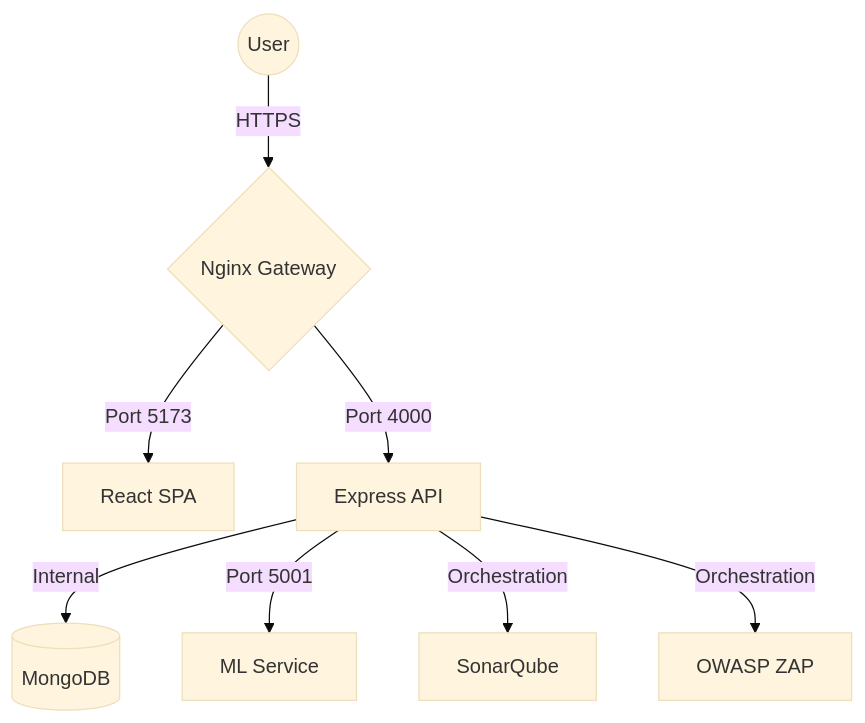
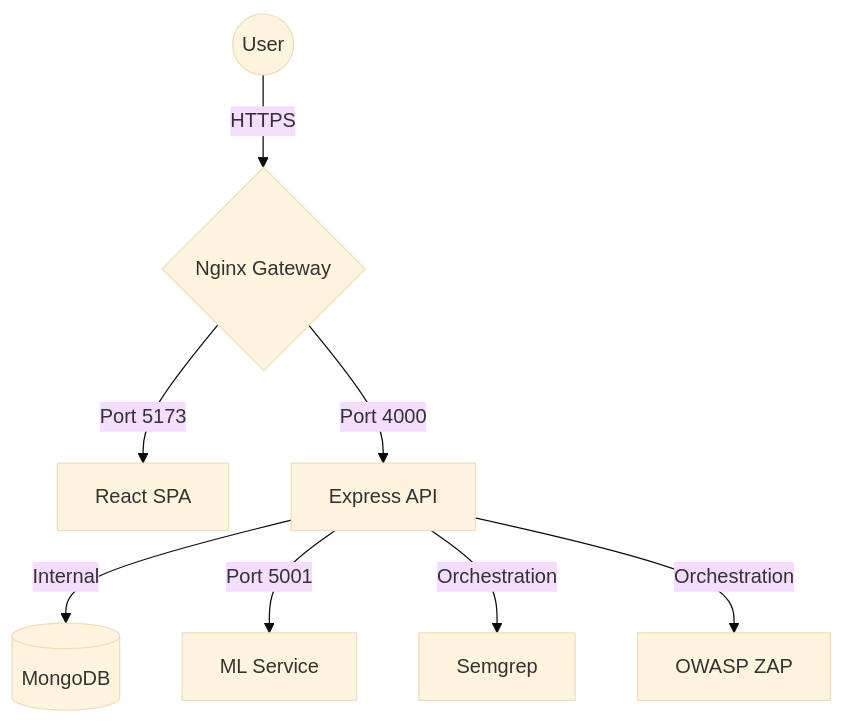
The diagram in README.md (CodeByOS/DevSecOps_Plateform), drawn with Mermaid (base theme) before and after one commit. The commit also changed other lines of this file and 4 other files, not shown here.

````diff
--- a/README.md
+++ b/README.md
@@ -60,10 +60,10 @@
 ```mermaid
 graph TD
     User((User)) -->|HTTPS| Nginx{Nginx Gateway}
     Nginx -->|Port 5173| Frontend[React SPA]
     Nginx -->|Port 4000| Backend[Express API]
     Backend -->|Internal| MongoDB[(MongoDB)]
     Backend -->|Port 5001| ML[ML Service]
-    Backend -->|Orchestration| Sonar[SonarQube]
+    Backend -->|Orchestration| Semgrep[Semgrep]
     Backend -->|Orchestration| ZAP[OWASP ZAP]
 ```
````
